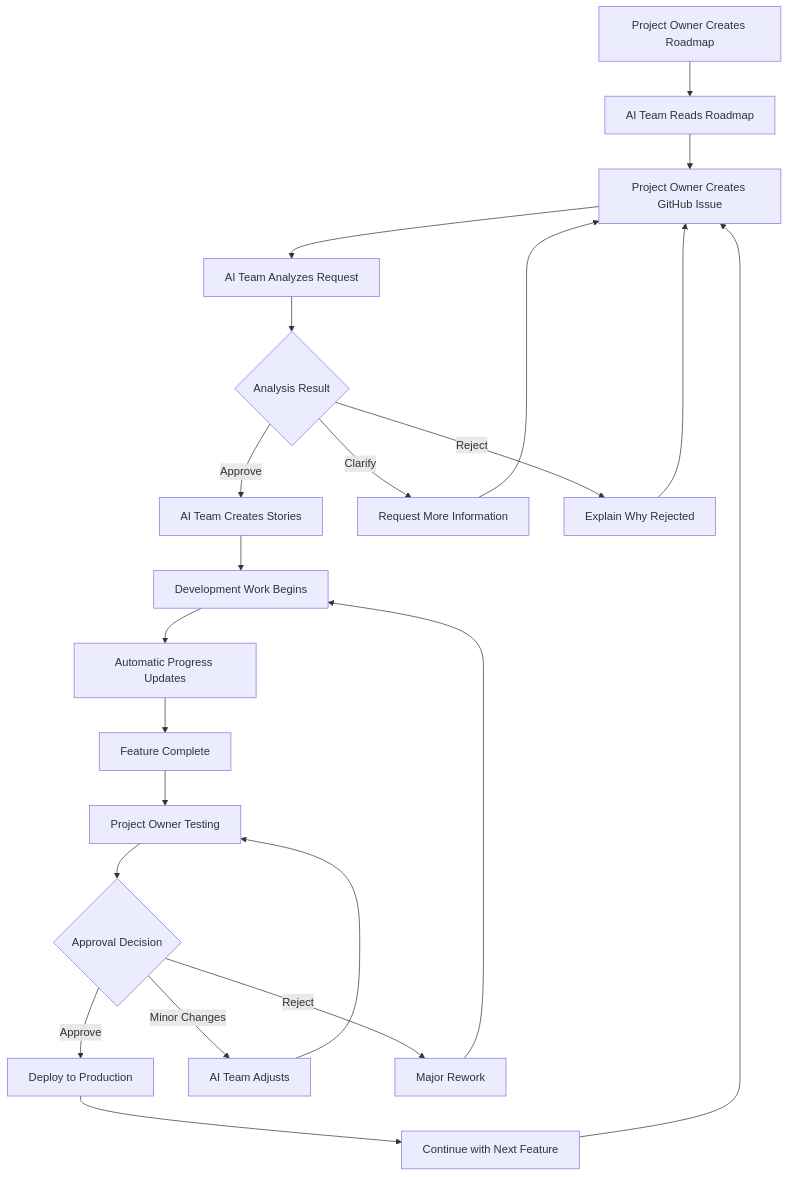
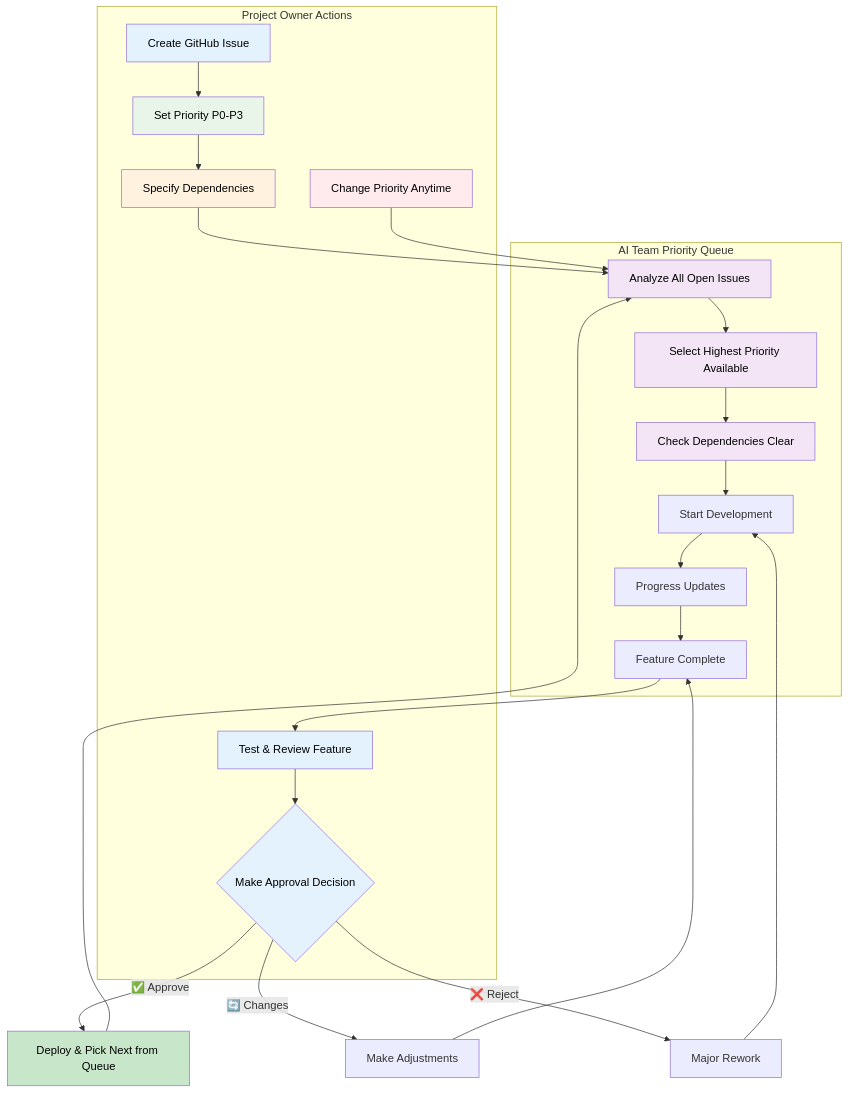
The diagram in docs/project-management/PROJECT_OWNER_GUIDE.md (jhonnyo88/multi-agent-setup), drawn with Mermaid before and after one commit. The commit also changed other lines of this file and 11 other files, not shown here.

Commit message:
Changen from road mao to priority and depency-system for project owner to pick next feature

````diff
--- a/docs/project-management/PROJECT_OWNER_GUIDE.md
+++ b/docs/project-management/PROJECT_OWNER_GUIDE.md
@@ -360,28 +461,51 @@
 ```mermaid
 graph TD
-    A[Project Owner Creates Roadmap] --> B[AI Team Reads Roadmap]
-    B --> C[Project Owner Creates GitHub Issue]
-    C --> D[AI Team Analyzes Request]
-    D --> E{Analysis Result}
+    subgraph "Project Owner Actions"
+        A[Create GitHub Issue] 
+        B[Set Priority P0-P3]
+        C[Specify Dependencies]
+        L[Test & Review Feature]
+        M{Make Approval Decision}
+        N[Change Priority Anytime]
+    end
     
-    E -->|Approve| F[AI Team Creates Stories]
-    E -->|Clarify| G[Request More Information]
-    E -->|Reject| H[Explain Why Rejected]
+    subgraph "AI Team Priority Queue" 
+        D[Analyze All Open Issues]
+        E[Select Highest Priority Available]
+        F[Check Dependencies Clear]
+        G[Start Development]
+        H[Progress Updates]
+        I[Feature Complete]
+    end
     
-    F --> I[Development Work Begins]
-    I --> J[Automatic Progress Updates]
-    J --> K[Feature Complete]
-    K --> L[Project Owner Testing]
-    L --> M{Approval Decision}
+    A --> B
+    B --> C
+    C --> D
+    D --> E
+    E --> F
+    F --> G
+    G --> H
+    H --> I
+    I --> L
+    L --> M
     
-    M -->|Approve| N[Deploy to Production]
-    M -->|Minor Changes| O[AI Team Adjusts]
-    M -->|Reject| P[Major Rework]
+    M -->|✅ Approve| O[Deploy & Pick Next from Queue]
+    M -->|🔄 Changes| P[Make Adjustments]
+    M -->|❌ Reject| Q[Major Rework]
     
-    O --> L
+    N --> D
     P --> I
-    N --> Q[Continue with Next Feature]
-    G --> C
-    H --> C
-    Q --> C
+    Q --> G
+    O --> D
+    
+    style A fill:#e3f2fd,color:#000
+    style B fill:#e8f5e8,color:#000
+    style C fill:#fff3e0,color:#000
+    style D fill:#f3e5f5,color:#000
+    style E fill:#f3e5f5,color:#000
+    style F fill:#f3e5f5,color:#000
+    style L fill:#e3f2fd,color:#000
+    style M fill:#e3f2fd,color:#000
+    style O fill:#c8e6c9,color:#000
+    style N fill:#ffebee,color:#000
 ```
````
